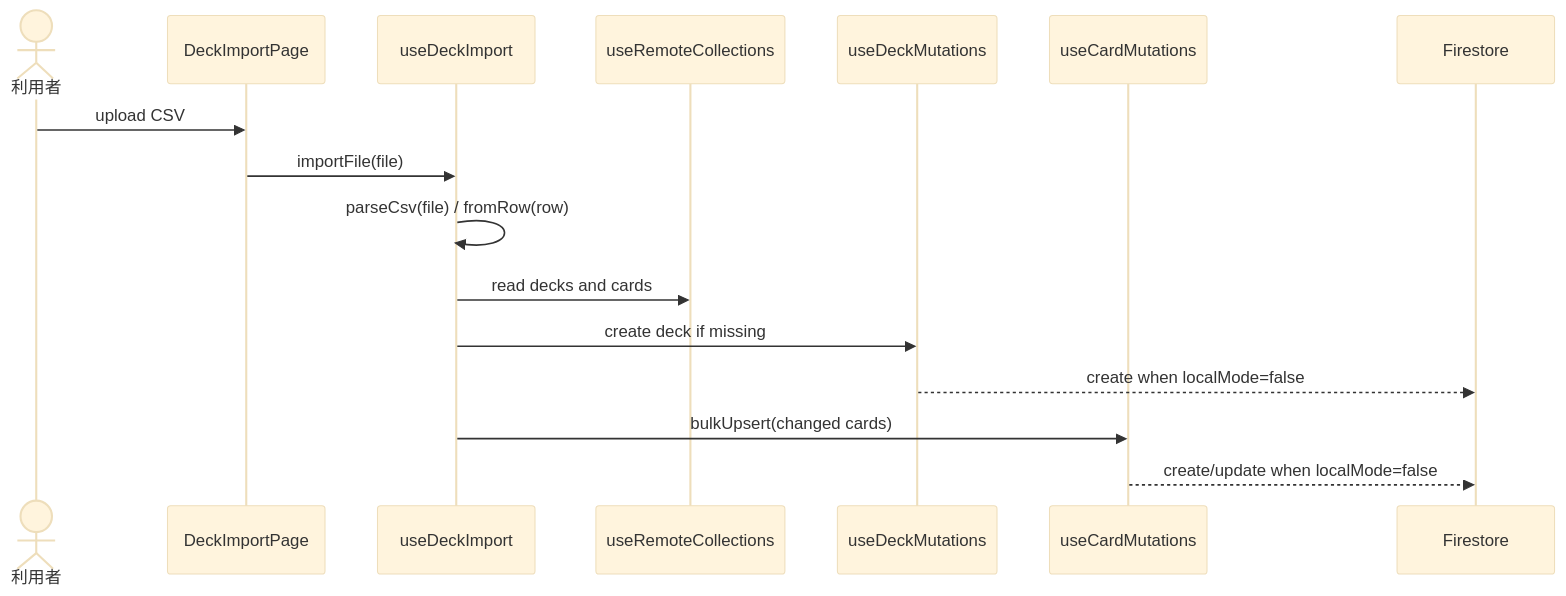
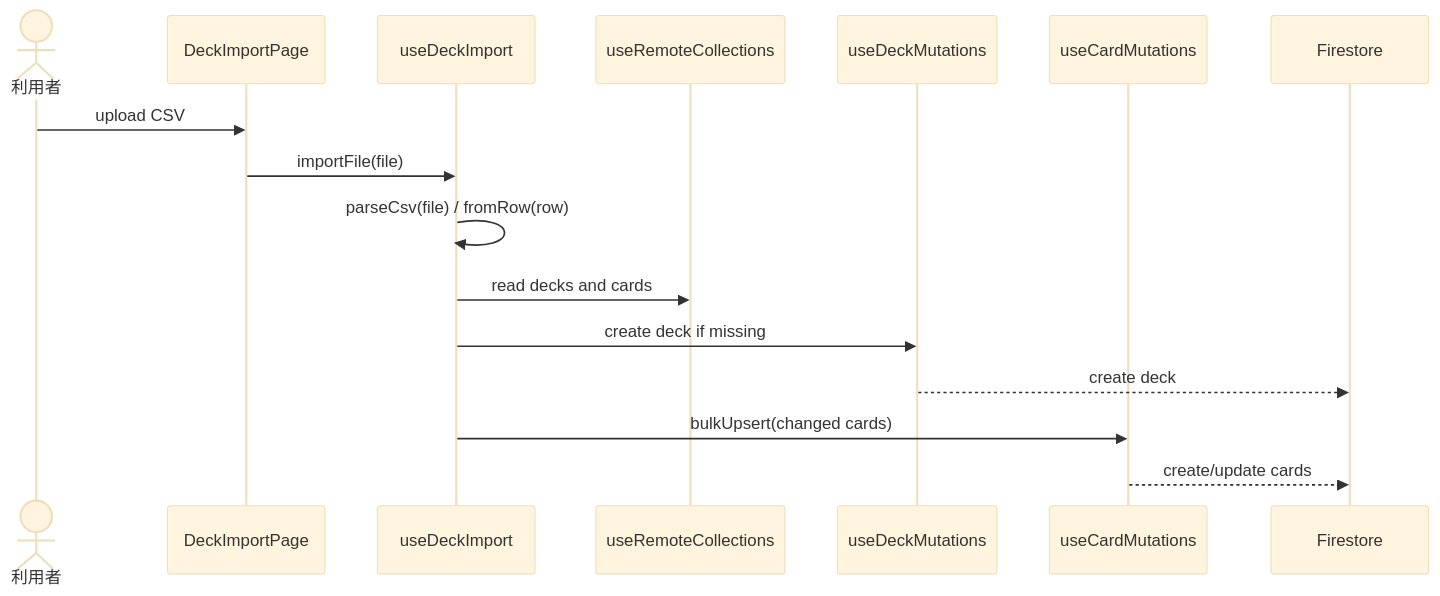
Before and after one commit to her0e1c1/tango: the second of 4 diagrams in docs/summary/use-cases.md, drawn with Mermaid (base theme). The commit also changed 91 other files, not shown here.

````diff
--- a/docs/summary/use-cases.md
+++ b/docs/summary/use-cases.md
@@ -42,19 +42,19 @@
 ```mermaid
 sequenceDiagram
     actor User as 利用者
     participant Page as DeckImportPage
     participant Import as useDeckImport
     participant Collections as useRemoteCollections
     participant DeckMutation as useDeckMutations
     participant CardMutation as useCardMutations
     participant FS as Firestore
 
     User->>Page: upload CSV
     Page->>Import: importFile(file)
     Import->>Import: parseCsv(file) / fromRow(row)
     Import->>Collections: read decks and cards
     Import->>DeckMutation: create deck if missing
-    DeckMutation-->>FS: create when localMode=false
+    DeckMutation-->>FS: create deck
     Import->>CardMutation: bulkUpsert(changed cards)
-    CardMutation-->>FS: create/update when localMode=false
+    CardMutation-->>FS: create/update cards
 ```
````
